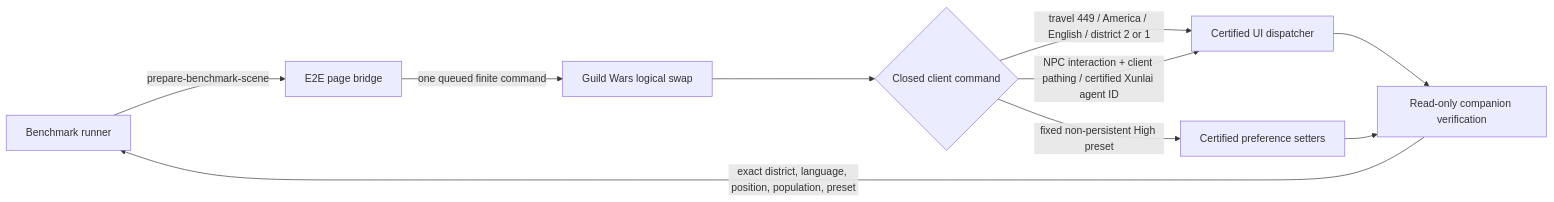
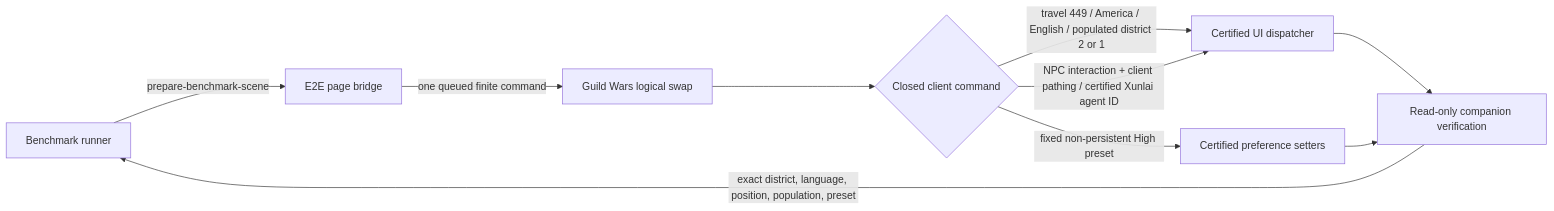
Before and after one commit to jean-humann/gwnative: the second of 2 diagrams in docs/performance.md, drawn with Mermaid. The commit also changed other lines of this file and 4 other files, not shown here.

Commit message:
test(e2e): select a populated Kamadan district

````diff
--- a/docs/performance.md
+++ b/docs/performance.md
@@ -138,12 +139,12 @@
 ```mermaid
 flowchart LR
     R["Benchmark runner"] -->|"prepare-benchmark-scene"| P["E2E page bridge"]
     P -->|"one queued finite command"| S["Guild Wars logical swap"]
     S --> C{"Closed client command"}
-    C -->|"travel 449 / America / English / district 2 or 1"| U["Certified UI dispatcher"]
+    C -->|"travel 449 / America / English / populated district 2 or 1"| U["Certified UI dispatcher"]
     C -->|"NPC interaction + client pathing / certified Xunlai agent ID"| U
     C -->|"fixed non-persistent High preset"| G["Certified preference setters"]
     U --> V["Read-only companion verification"]
     G --> V
     V -->|"exact district, language, position, population, preset"| R
 ```
````
